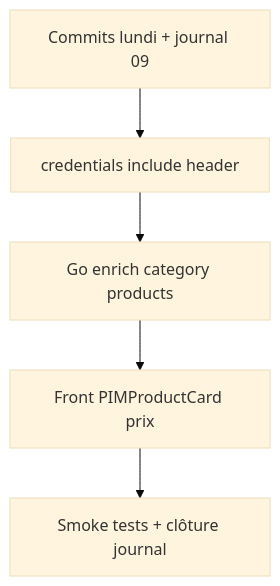
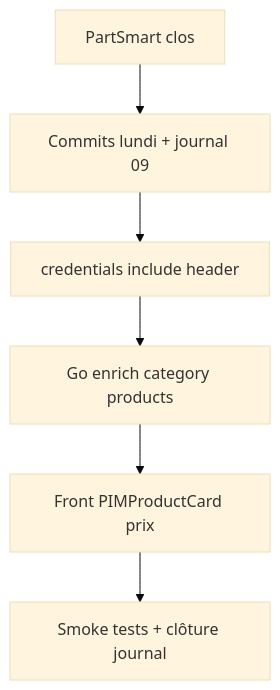
One commit to N95Ryan/midbec-journey changed the second of 2 diagrams in 03 - Daily logs/06 - Juin 2026/2026-06-09-plan.md. Above: the diagram before and after it, drawn with Mermaid (base theme). The commit also changed other lines of this file and 1 other file, not shown here.

````diff
--- a/03 - Daily logs/06 - Juin 2026/2026-06-09-plan.md
+++ b/03 - Daily logs/06 - Juin 2026/2026-06-09-plan.md
@@ -128,7 +138,8 @@
 ```mermaid
 flowchart TD
-    A[Commits lundi + journal 09] --> B[credentials include header]
+    done[PartSmart clos] --> A[Commits lundi + journal 09]
+    A --> B[credentials include header]
     B --> C[Go enrich category products]
     C --> D[Front PIMProductCard prix]
     D --> E[Smoke tests + clôture journal]
 ```
````
